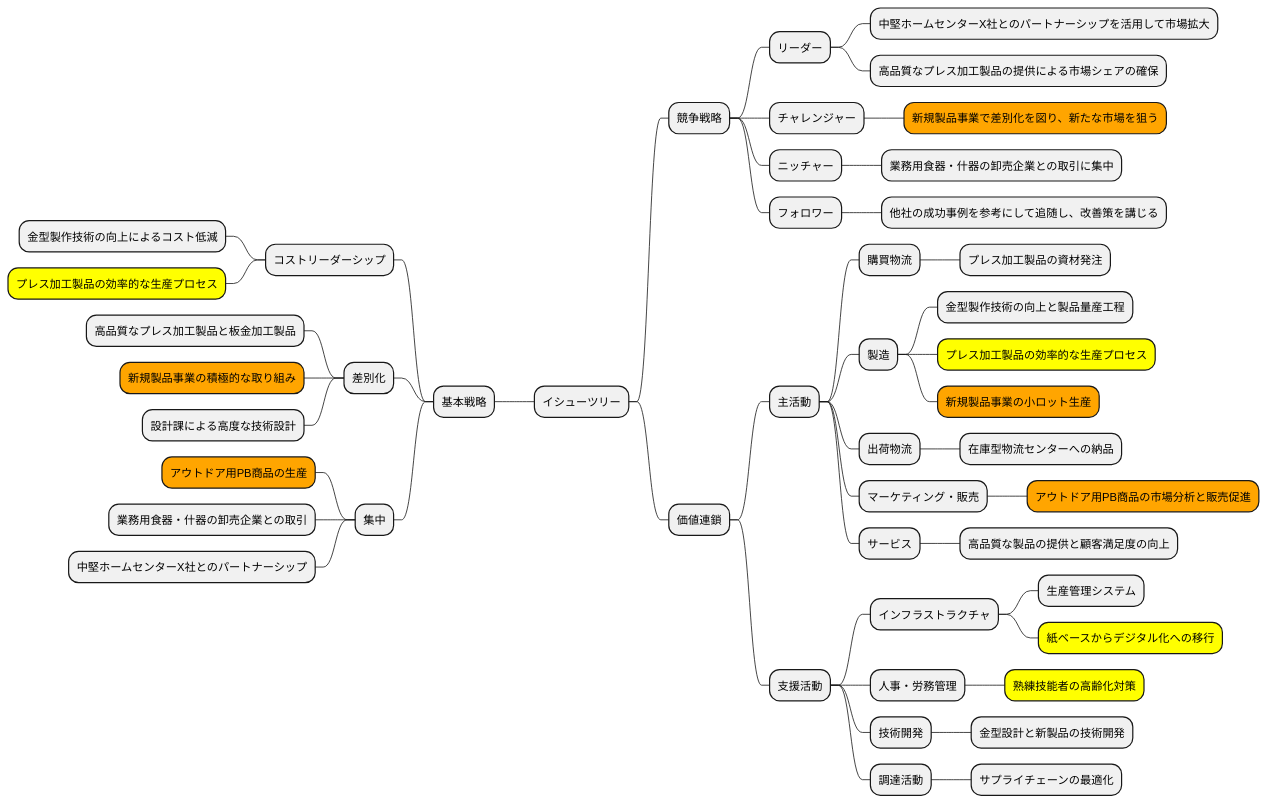
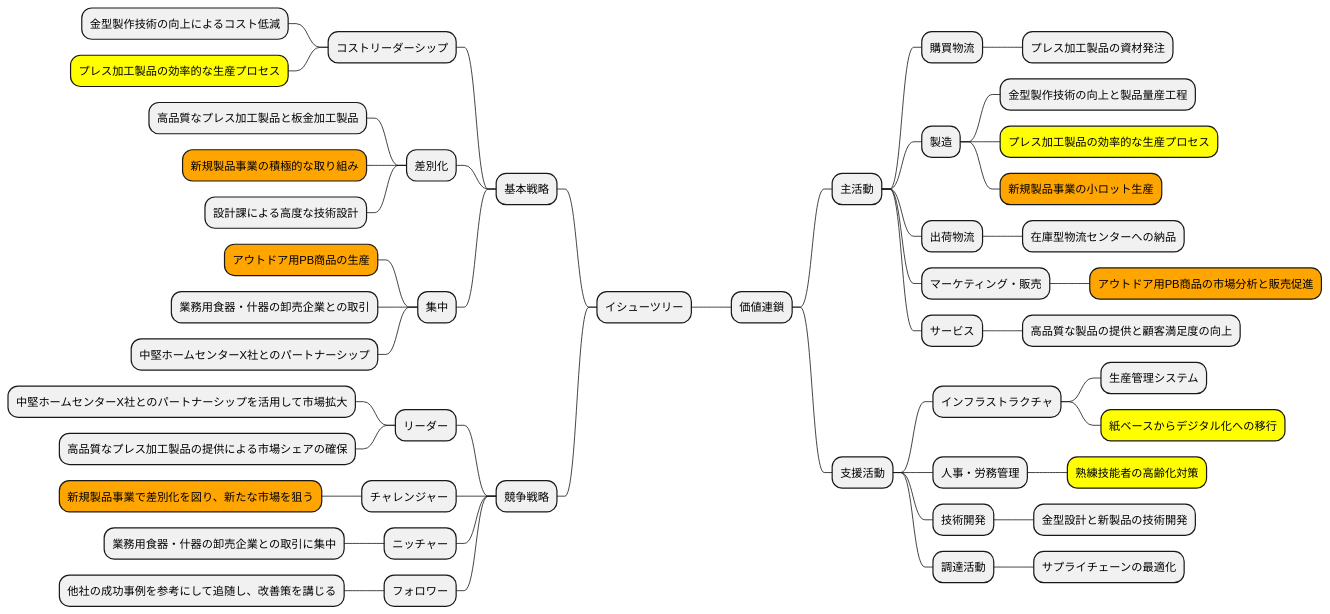
Before and after one commit to k2works/case-sutudy-business-analysis: diagram 11 of 16 in docs/case/r04_case_3.adoc, drawn with PlantUML. The commit also changed 3 other files, not shown here.

```diff
--- a/docs/case/r04_case_3.adoc
+++ b/docs/case/r04_case_3.adoc
@@ -422,56 +422,61 @@
 [plantuml]
 ----
 @startmindmap
 
 * イシューツリー
+
 left side
+
 ** 基本戦略
 *** コストリーダーシップ
 **** 金型製作技術の向上によるコスト低減
 ****[#yellow] プレス加工製品の効率的な生産プロセス
 *** 差別化
 **** 高品質なプレス加工製品と板金加工製品
 ****[#orange] 新規製品事業の積極的な取り組み
 **** 設計課による高度な技術設計
 *** 集中
 ****[#orange] アウトドア用PB商品の生産
 **** 業務用食器・什器の卸売企業との取引
 **** 中堅ホームセンターX社とのパートナーシップ
-right side
+
 ** 競争戦略
 *** リーダー
 **** 中堅ホームセンターX社とのパートナーシップを活用して市場拡大
 **** 高品質なプレス加工製品の提供による市場シェアの確保
 *** チャレンジャー
 ****[#orange] 新規製品事業で差別化を図り、新たな市場を狙う
 *** ニッチャー
 **** 業務用食器・什器の卸売企業との取引に集中
 *** フォロワー
 **** 他社の成功事例を参考にして追随し、改善策を講じる
+
+right side
+
 ** 価値連鎖
 *** 主活動
 **** 購買物流
 ***** プレス加工製品の資材発注
 **** 製造
 ***** 金型製作技術の向上と製品量産工程
 *****[#yellow] プレス加工製品の効率的な生産プロセス
 *****[#orange] 新規製品事業の小ロット生産
 **** 出荷物流
 ***** 在庫型物流センターへの納品
 **** マーケティング・販売
 *****[#orange] アウトドア用PB商品の市場分析と販売促進
 **** サービス
 ***** 高品質な製品の提供と顧客満足度の向上
 *** 支援活動
 **** インフラストラクチャ
 ***** 生産管理システム
 *****[#yellow] 紙ベースからデジタル化への移行
 **** 人事・労務管理
 *****[#yellow] 熟練技能者の高齢化対策
 **** 技術開発
 ***** 金型設計と新製品の技術開発
 **** 調達活動
 ***** サプライチェーンの最適化
 
 @endmindmap
 ----
```
